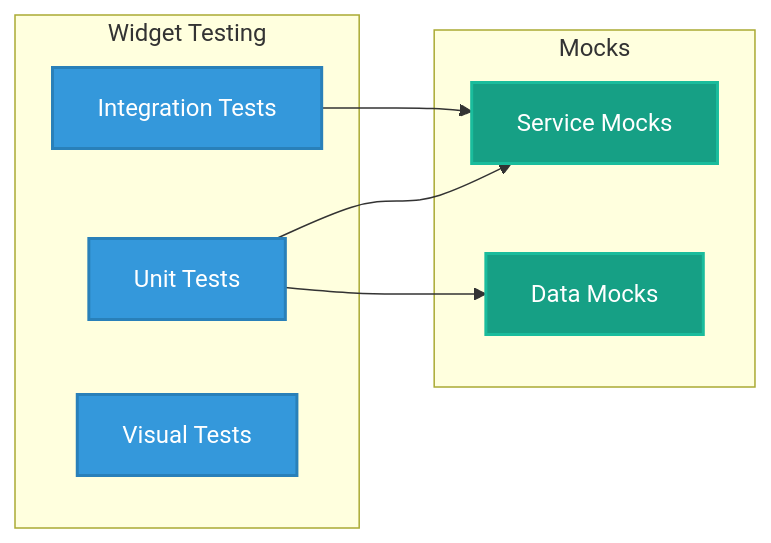
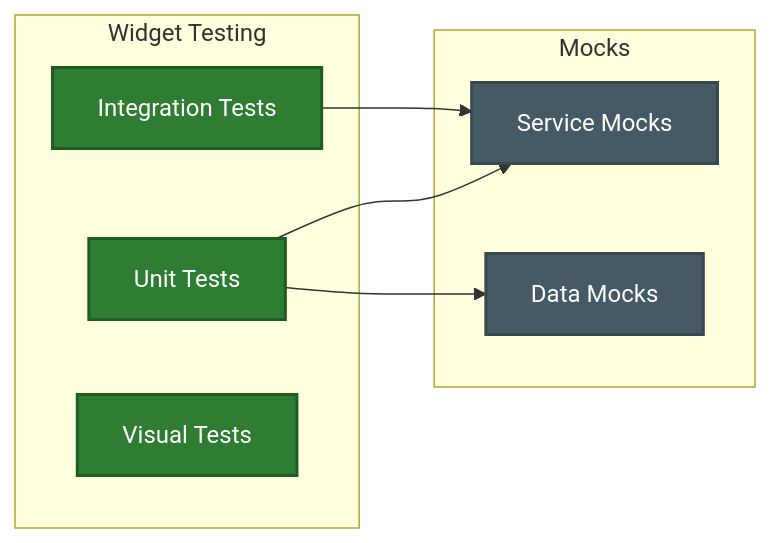
One commit to Hack23/cia-compliance-manager changed the sixth of 6 diagrams in docs/architecture/WIDGET_ANALYSIS.md. Above: the diagram before and after it, drawn with Mermaid. The commit also changed other lines of this file and 18 other files, not shown here.

First line of the commit message:
style: update all classDef colors to ISMS style guide palette and fix quadrant charts

````diff
--- a/docs/architecture/WIDGET_ANALYSIS.md
+++ b/docs/architecture/WIDGET_ANALYSIS.md
@@ -315,23 +315,23 @@
 ```mermaid
 flowchart LR
     subgraph "Widget Testing"
         Unit[Unit Tests]
         Integration[Integration Tests]
         Visual[Visual Tests]
     end
     
     subgraph "Mocks"
         ServiceMocks[Service Mocks]
         DataMocks[Data Mocks]
     end
     
     Unit --> ServiceMocks
     Unit --> DataMocks
     Integration --> ServiceMocks
     
-    classDef test fill:#3498db,stroke:#2980b9,stroke-width:2px,color:white
-    classDef mock fill:#16a085,stroke:#1abc9c,stroke-width:2px,color:white
+    classDef test fill:#2E7D32,stroke:#1B5E20,stroke-width:2px,color:#ffffff
+    classDef mock fill:#455A64,stroke:#37474F,stroke-width:2px,color:#ffffff
     
     class Unit,Integration,Visual test
     class ServiceMocks,DataMocks mock
 ```
````
